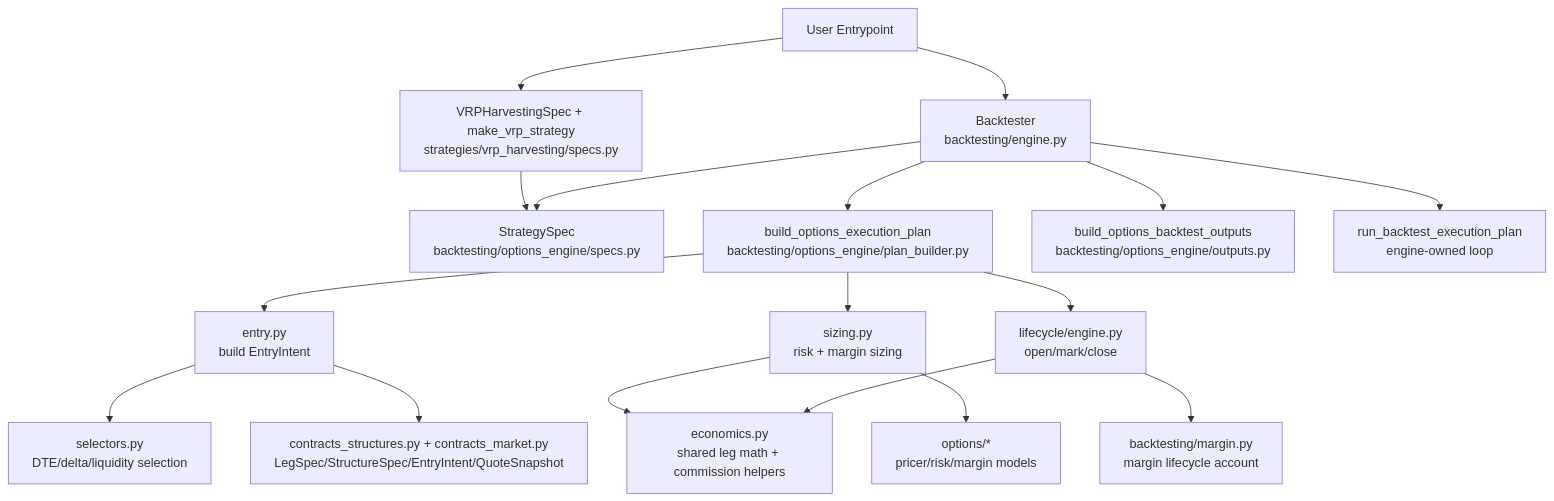
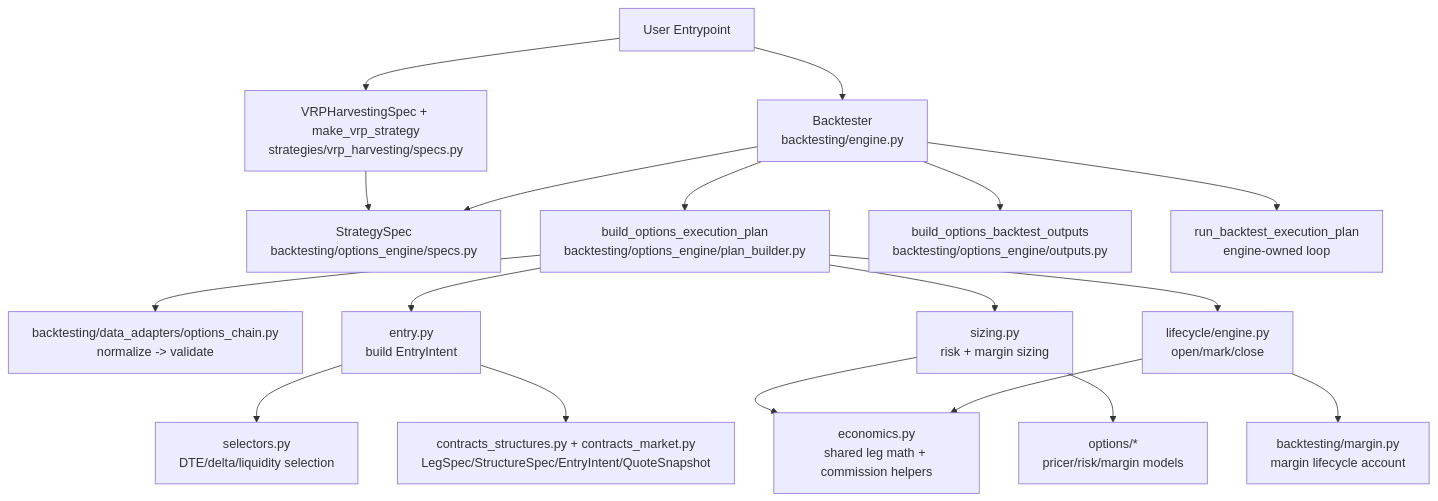
The first of 3 diagrams in docs/reference/options_backtesting_architecture_overview.md (anthonymakarewicz/volatility-trading), drawn with Mermaid before and after one commit. The commit also changed other lines of this file and 11 other files, not shown here.

Commit message:
feat(backtesting): add options-chain data adapter boundary with canonical schema validation

````diff
--- a/docs/reference/options_backtesting_architecture_overview.md
+++ b/docs/reference/options_backtesting_architecture_overview.md
@@ -27,20 +27,21 @@
 ```mermaid
 flowchart TD
     A[User Entrypoint] --> B[Backtester<br/>backtesting/engine.py]
     A --> C[VRPHarvestingSpec + make_vrp_strategy<br/>strategies/vrp_harvesting/specs.py]
     C --> D[StrategySpec<br/>backtesting/options_engine/specs.py]
     B --> D
     B --> E[build_options_execution_plan<br/>backtesting/options_engine/plan_builder.py]
     B --> O[build_options_backtest_outputs<br/>backtesting/options_engine/outputs.py]
+    E --> A1[backtesting/data_adapters/options_chain.py<br/>normalize -> validate]
     E --> F[entry.py<br/>build EntryIntent]
     E --> G[sizing.py<br/>risk + margin sizing]
     E --> H[lifecycle/engine.py<br/>open/mark/close]
     B --> I[run_backtest_execution_plan<br/>engine-owned loop]
 
     F --> J[selectors.py<br/>DTE/delta/liquidity selection]
     F --> K[contracts_structures.py + contracts_market.py<br/>LegSpec/StructureSpec/EntryIntent/QuoteSnapshot]
     G --> N[economics.py<br/>shared leg math + commission helpers]
     H --> N
     G --> L[options/*<br/>pricer/risk/margin models]
     H --> M[backtesting/margin.py<br/>margin lifecycle account]
 ```
````
